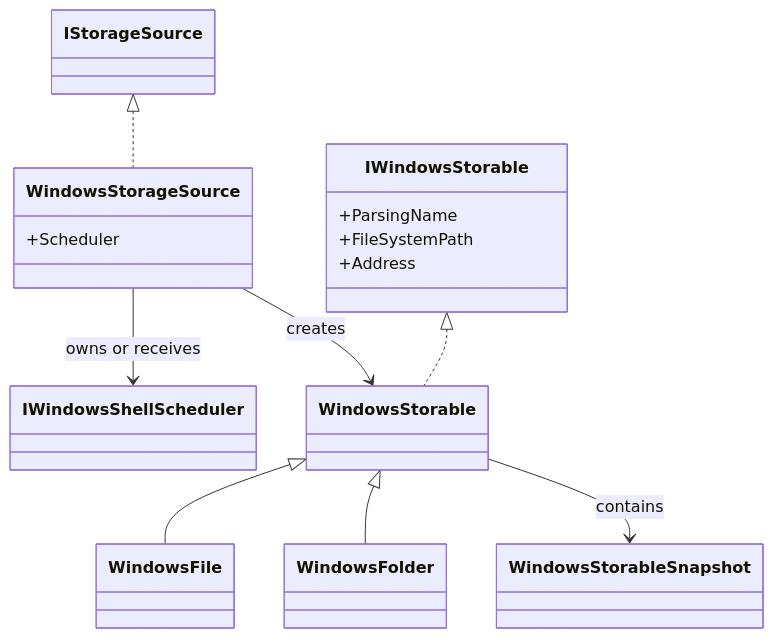
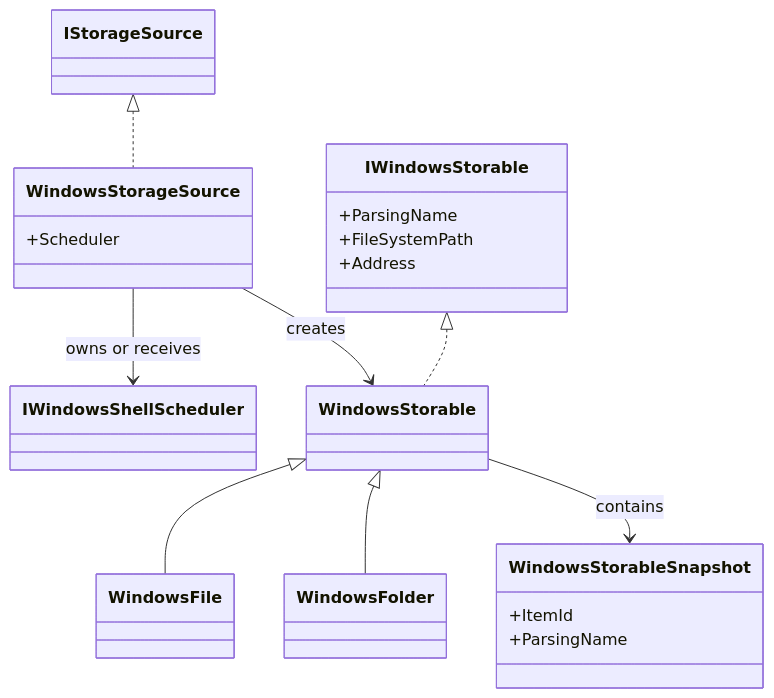
The first of 4 diagrams in docs/architecture/windows-storage.md (0x5bfa/Files), drawn with Mermaid before and after one commit. The commit also changed other lines of this file and 13 other files, not shown here.

Commit message:
Implement WindowsItemIdentityProvider

````diff
--- a/docs/architecture/windows-storage.md
+++ b/docs/architecture/windows-storage.md
@@ -7,25 +7,28 @@
 ```mermaid
 classDiagram
     class IStorageSource
     class WindowsStorageSource {
         +Scheduler
     }
     class IWindowsShellScheduler
-    class WindowsStorableSnapshot
+    class WindowsStorableSnapshot {
+        +ItemId
+        +ParsingName
+    }
     class IWindowsStorable {
         +ParsingName
         +FileSystemPath
         +Address
     }
     class WindowsStorable
     class WindowsFile
     class WindowsFolder
 
     IStorageSource <|.. WindowsStorageSource
     WindowsStorageSource --> IWindowsShellScheduler : owns or receives
     IWindowsStorable <|.. WindowsStorable
     WindowsStorable <|-- WindowsFile
     WindowsStorable <|-- WindowsFolder
     WindowsStorable --> WindowsStorableSnapshot : contains
     WindowsStorageSource --> WindowsStorable : creates
 ```
````
